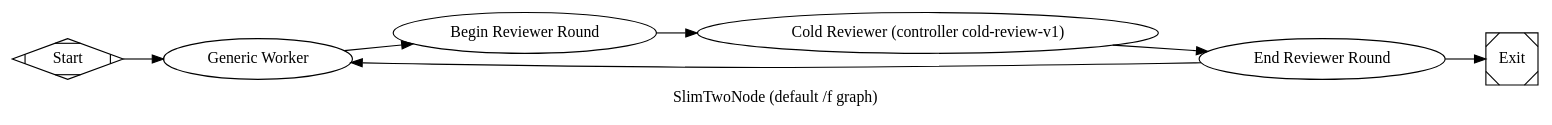
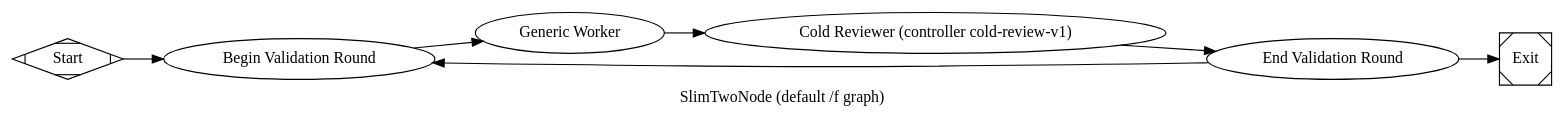
One commit to jleechanorg/dark-factory changed the diagram in pipelines/slim/two_node.dot. Above: the diagram before and after it, drawn with Graphviz. The commit also changed 3 other files, not shown here.

Commit message:
feat(pipelines): migrate two_node to round topology and remove ready fix no_progress_max [agy][gemini-3.6-flash-high]

```diff
--- a/pipelines/slim/two_node.dot
+++ b/pipelines/slim/two_node.dot
@@ -1,77 +1,76 @@
 // pipelines/slim/two_node.dot
 //
 // Default graph for `/f` (and `/factory`). Exactly two productive nodes:
 //   worker         — generic codergen; light prompt; does whatever the user asked.
 //   cold_reviewer  — controller-owned cold reviewer using the SHA-pinned
 //                    cold-review-v1 execution path (prompts/catalog/controller_cold_review_v1.md).
 //
 // Wiring:
-//   start -> worker -> round_begin -> cold_reviewer -> round_end
-//   round_end -> exit   [condition="outcome=success"]
-//   round_end -> worker [condition="outcome!=success"]
+//   start -> round_begin -> worker -> cold_reviewer -> round_end
+//   round_end -> exit        [condition="outcome=success"]
+//   round_end -> round_begin [condition="outcome!=success"]
 //
 // Backend routing:
 //   - worker          honors the run-level --backend (the coder tier the user
 //                     chose; default = whatever /f's Step 0.5 detector picks).
 //   - cold_reviewer   uses review_contract="cold-review-v1" and
 //                     backend_priority="codex" because the controller has
 //                     a receipt-capable transport only for Codex.
 //
 // Failure semantics:
-//   - Initial worker attempt runs once before reviewer rounds.
-//   - Reviewer round validates the worker output.
-//   - On reviewer failure below max_rounds, worker is invoked as the one fix between rounds.
+//   - Each round runs worker, then validates with cold_reviewer.
+//   - On reviewer or worker failure below max_rounds, the next round begins.
 //   - Reaching max_rounds (default 3) terminates exhausted without extra worker invocation.
 
 digraph SlimTwoNode {
     graph [
         goal="Generic worker does the user's task; controller-owned cold-review-v1 reviewer gates it. Slim default for /f."
         rankdir=LR
         label="SlimTwoNode (default /f graph)"
         validation_rounds="true"
     ]
 
     start  [shape=Mdiamond, label="Start"]
     exit   [shape=Msquare,  label="Exit"]
 
+    round_begin [
+        type="round_begin",
+        label="Begin Validation Round",
+        members="worker,cold_reviewer"
+    ]
+
     worker [
         type="codergen",
         label="Generic Worker",
         class="worker",
         prompt="@prompts/slim/worker.md",
         max_retries=2,
         timeout=600
-    ]
-
-    round_begin [
-        type="round_begin",
-        label="Begin Reviewer Round",
-        members="cold_reviewer"
     ]
 
     cold_reviewer [
         type="parallel_reviewer",
         label="Cold Reviewer (controller cold-review-v1)",
         class="review",
         review_contract="cold-review-v1",
         backend_priority="codex",
         evidence_paths="evidence/worker-verification.json",
         receipt_required="true",
         goal_gate=true,
         timeout=600
     ]
 
     round_end [
         type="round_end",
-        label="End Reviewer Round",
-        members="cold_reviewer"
+        label="End Validation Round",
+        members="worker,cold_reviewer"
     ]
 
-    start -> worker
-    worker -> round_begin
-    round_begin -> cold_reviewer
+    start -> round_begin
+    round_begin -> worker
+    worker -> cold_reviewer
     cold_reviewer -> round_end
 
-    round_end -> exit   [condition="outcome=success"]
-    round_end -> worker [condition="outcome!=success"]
+    round_end -> exit        [condition="outcome=success"]
+    round_end -> round_begin [condition="outcome!=success"]
 }
```
